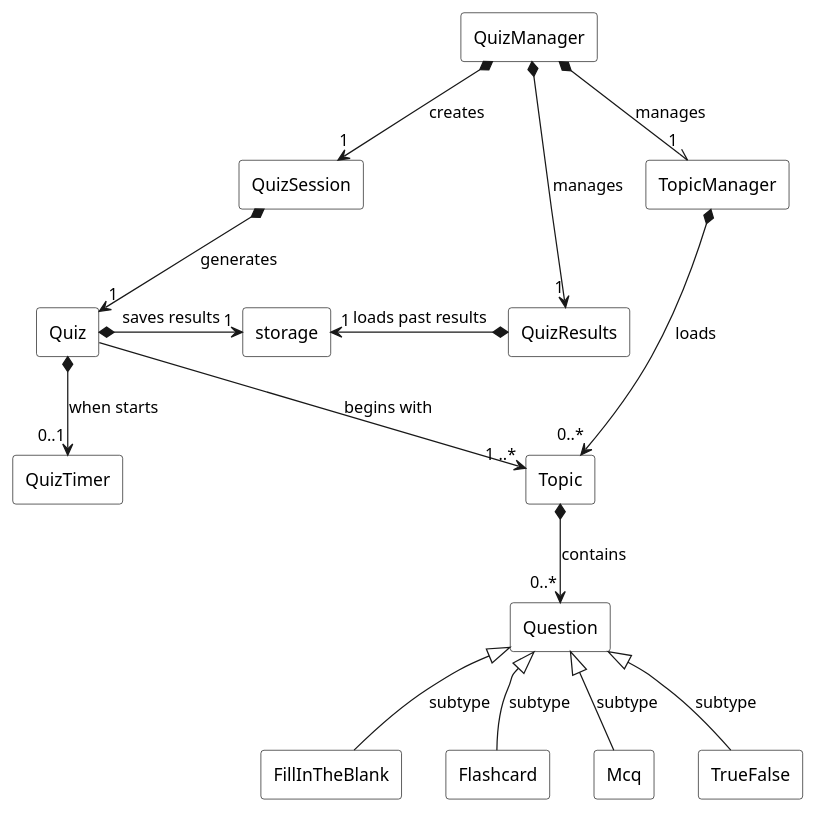
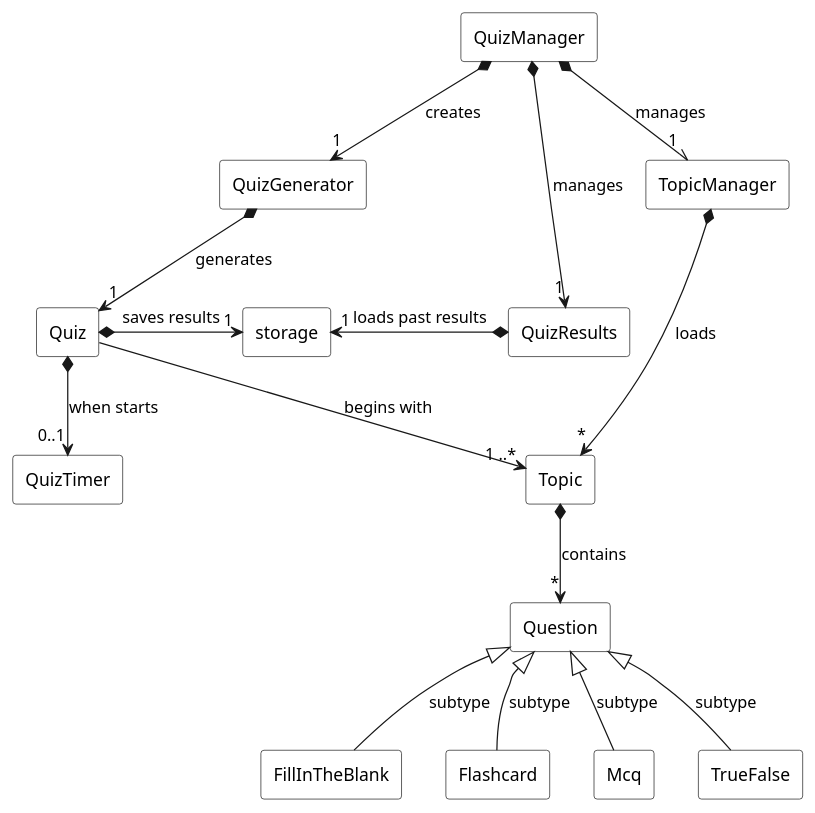
The diagram in docs/UML/puml-files/QuizManager/QuizManagerClassHighLevel.puml (nus-cs2113-AY2425S1/tp), drawn with PlantUML before and after one commit. The commit also changed 23 other files, not shown here.

```diff
--- a/docs/UML/puml-files/QuizManager/QuizManagerClassHighLevel.puml
+++ b/docs/UML/puml-files/QuizManager/QuizManagerClassHighLevel.puml
@@ -1,51 +1,51 @@
 @startuml
 
 hide circle
 
 skinparam classAttributeIconSize 0
 
 skinparam rectangle {
     BackgroundColor White
     BorderColor Black
     FontColor Black
 }
 
 rectangle QuizManager as QM
-rectangle QuizSession as QS
+rectangle QuizGenerator as QS
 rectangle TopicManager as TM
 rectangle QuizResults as QR
 
 QM *-down-> "1" QS : creates
 QM *-down-\\ "1" TM : manages
 QM *-down-> "1" QR : manages
 
 rectangle Quiz as Q
 rectangle Topic as T
 rectangle QuizTimer as QTi
 
 QS *-down-> "1" Q : generates
-TM *--down-> "0..*" T : loads
+TM *--down-> "*" T : loads
 Q *-down-> "0..1" QTi : when starts
 
 rectangle Question as Ques
-T *-down-> "0..*" Ques : contains
+T *-down-> "*" Ques : contains
 
 rectangle FillInTheBlank as FITB
 rectangle Flashcard as FC
 rectangle Mcq as MCQ
 rectangle TrueFalse as TF
 
 Ques <|-down- FITB : subtype
 Ques <|-down- FC : subtype
 Ques <|-down- MCQ : subtype
 Ques <|-down- TF : subtype
 
 rectangle storage as store
 
 QR *--left-> "1" store : loads past results
 Q *-> "1" store : saves results
 
 Q --> "1 ..*" T : begins with
 
 
 @enduml
```
